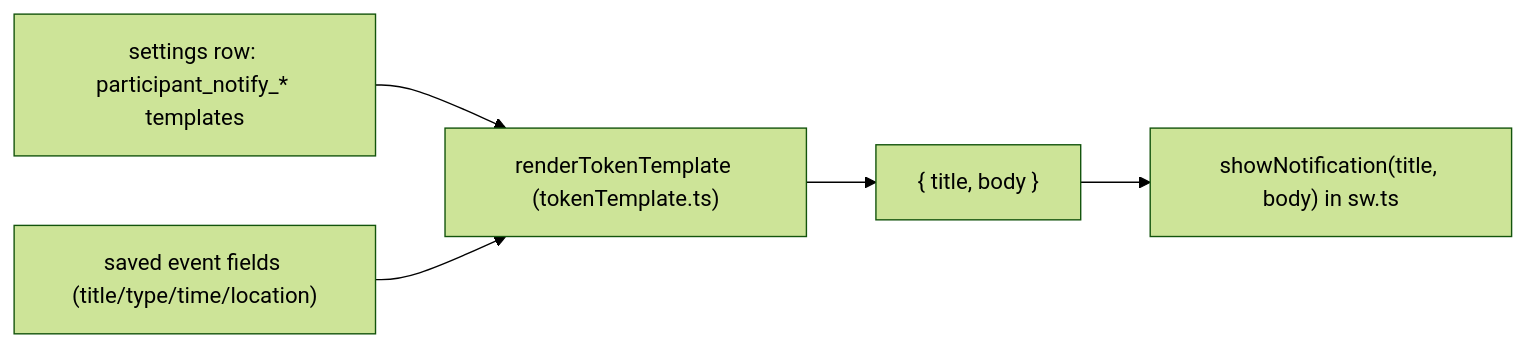
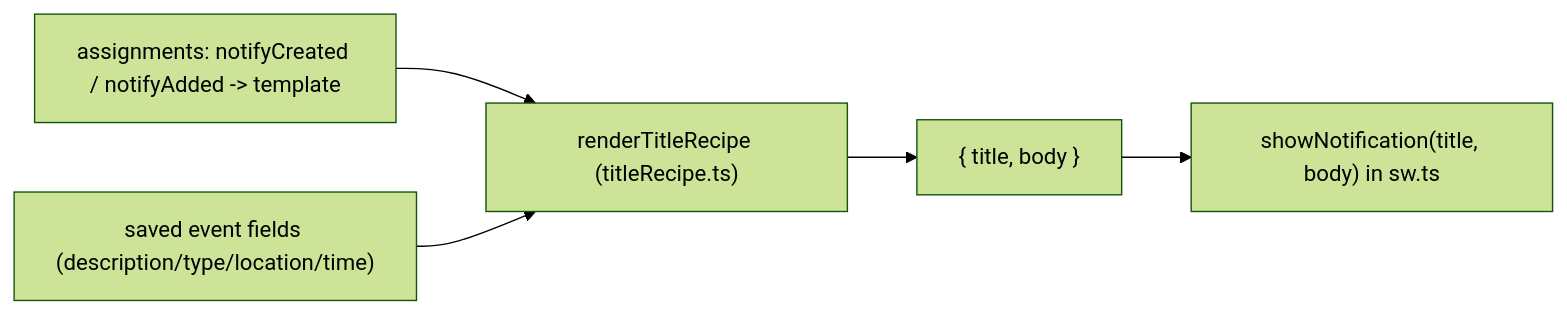
The second of 2 diagrams in docs/event-notifications.md (oncloudnintynineone-source/cloudy2), drawn with Mermaid (forest theme) before and after one commit. The commit also changed other lines of this file and 26 other files, not shown here.

Commit message:
feat(templates): template-driven notifications + text segments + master/duplicate

````diff
--- a/docs/event-notifications.md
+++ b/docs/event-notifications.md
@@ -296,7 +295,7 @@
 ```mermaid
 flowchart LR
-  A["settings row: participant_notify_* templates"] --> R
-  B["saved event fields (title/type/time/location)"] --> R
-  R["renderTokenTemplate (tokenTemplate.ts)"] --> M["{ title, body }"]
+  A["assignments: notifyCreated / notifyAdded -> template"] --> R
+  B["saved event fields (description/type/location/time)"] --> R
+  R["renderTitleRecipe (titleRecipe.ts)"] --> M["{ title, body }"]
   M --> S["showNotification(title, body) in sw.ts"]
 ```
````
